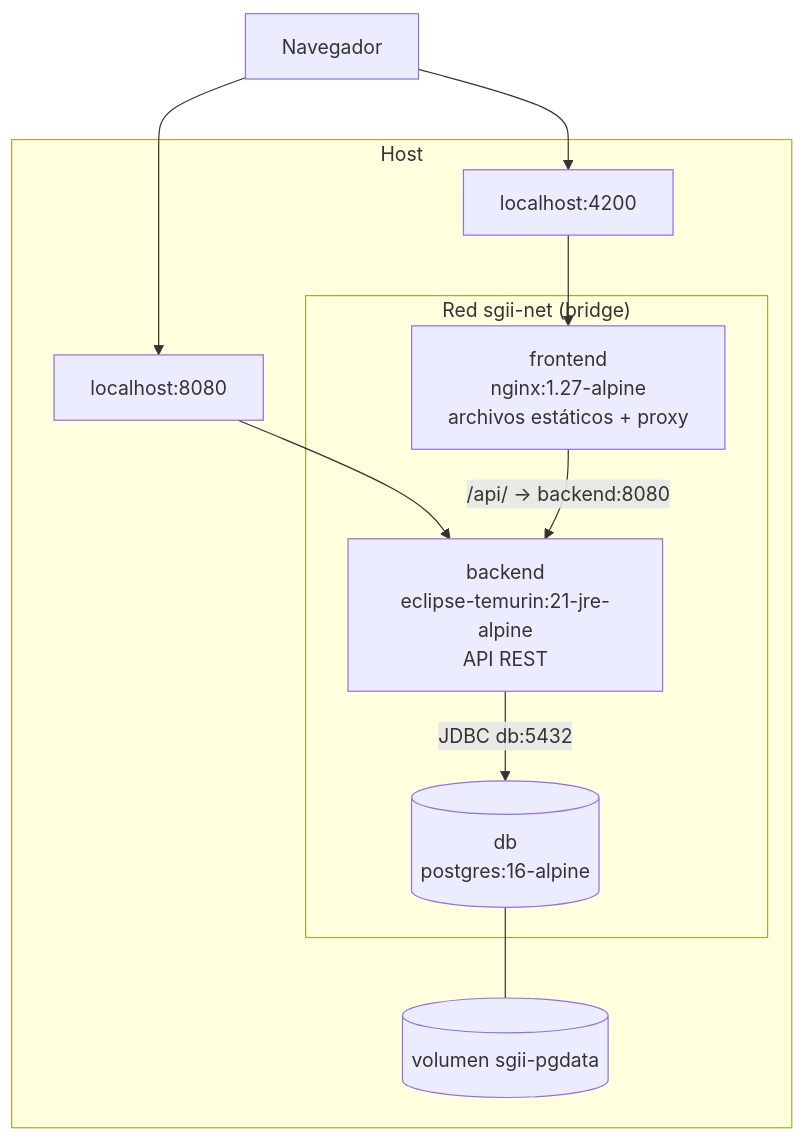
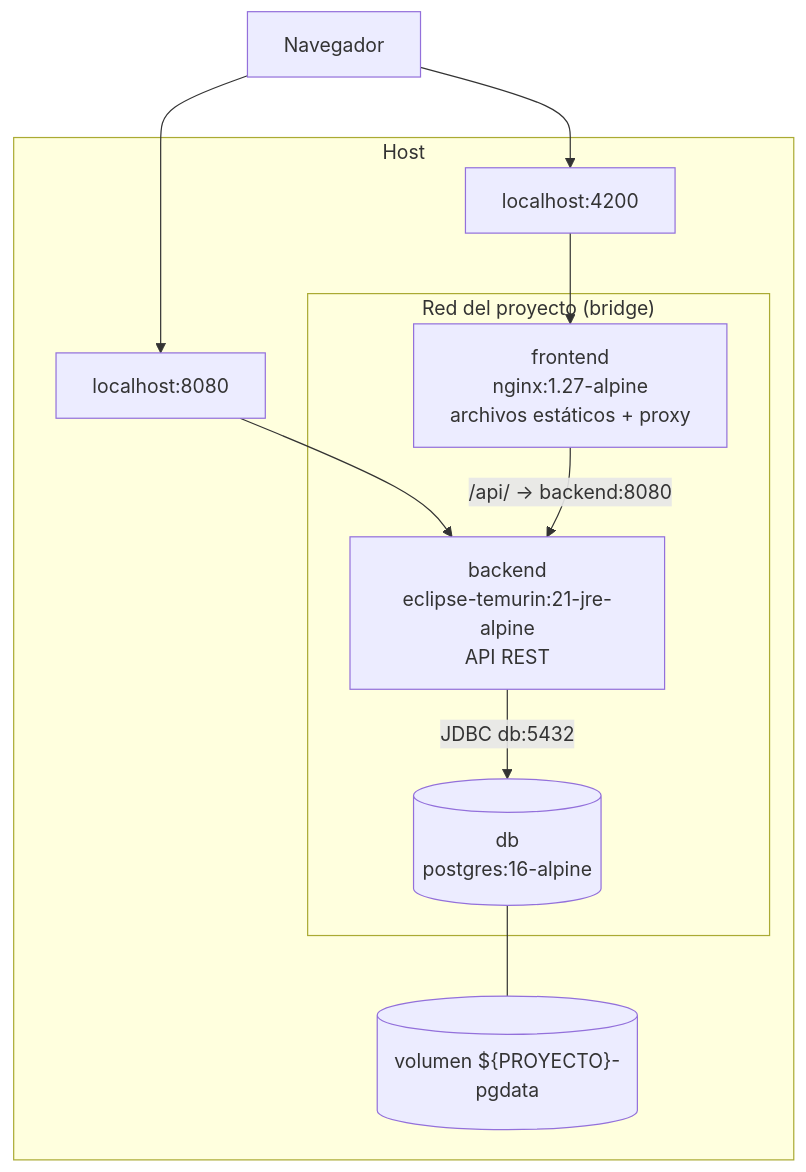
The first of 3 diagrams in docs/ARQUITECTURA.md (jhosuechica/plantilla-spring-angular-docker), drawn with Mermaid before and after one commit. The commit also changed other lines of this file and 6 other files, not shown here.

````diff
--- a/docs/ARQUITECTURA.md
+++ b/docs/ARQUITECTURA.md
@@ -10,23 +10,23 @@
 ```mermaid
 flowchart TB
     U["Navegador"]
 
     subgraph host["Host"]
         P1["localhost:4200"]
         P2["localhost:8080"]
 
-        subgraph net["Red sgii-net (bridge)"]
+        subgraph net["Red del proyecto (bridge)"]
             F["frontend<br/>nginx:1.27-alpine<br/>archivos estáticos + proxy"]
             B["backend<br/>eclipse-temurin:21-jre-alpine<br/>API REST"]
             D[("db<br/>postgres:16-alpine")]
         end
 
-        V[("volumen sgii-pgdata")]
+        V[("volumen ${PROYECTO}-pgdata")]
     end
 
     U --> P1 --> F
     U --> P2 --> B
     F -->|"/api/ -> backend:8080"| B
     B -->|"JDBC db:5432"| D
     D --- V
 ```
````
